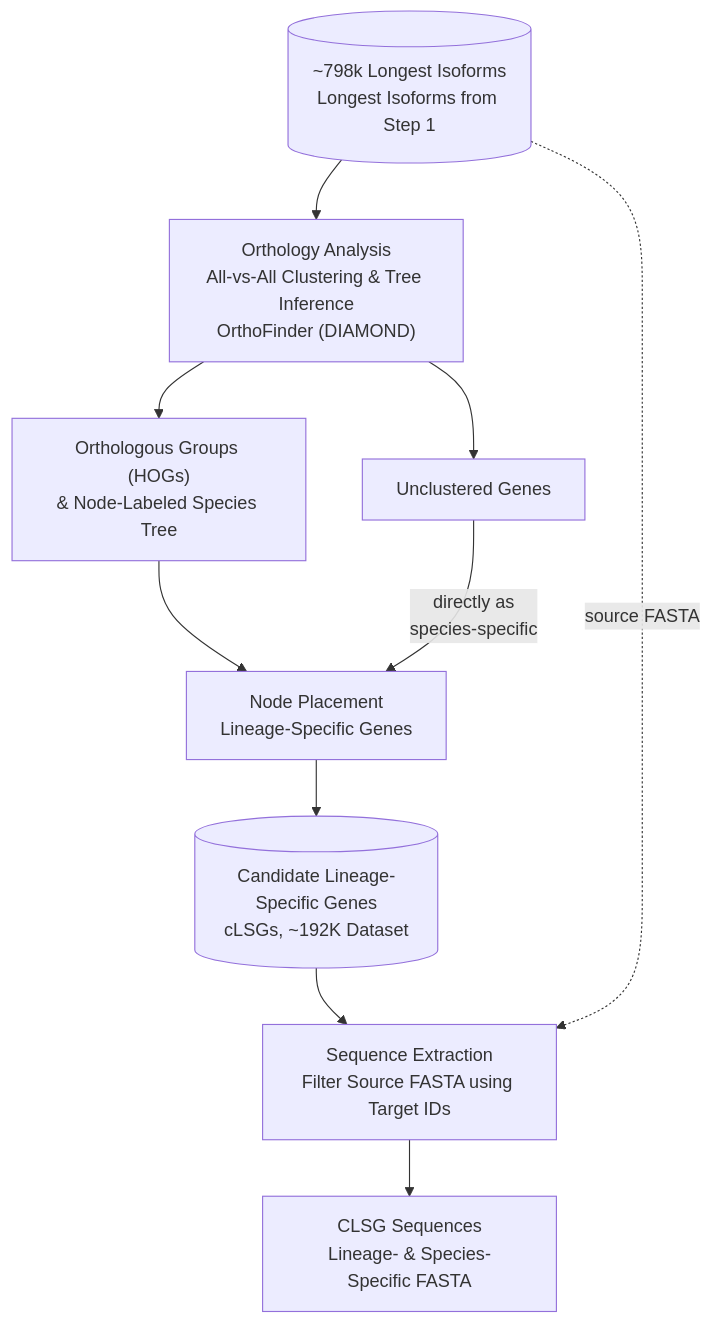
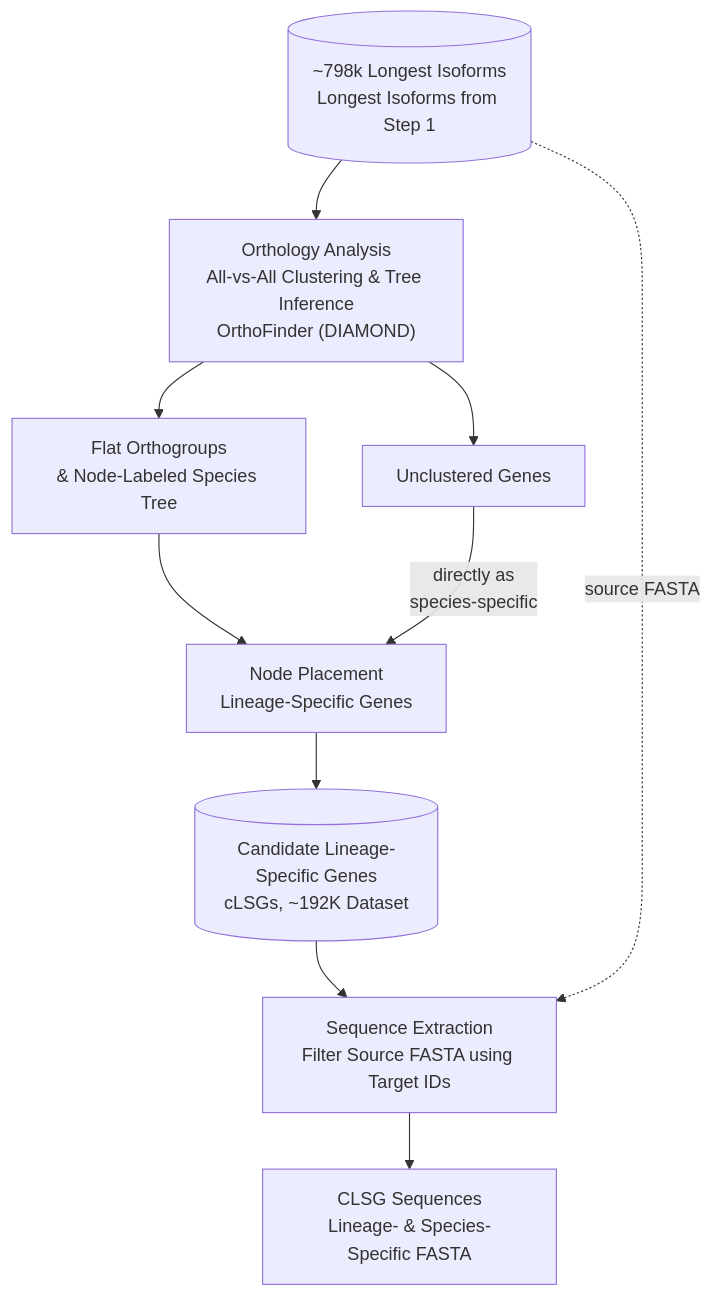
The diagram in README.md (Ludtson/gene-stratigraphy-pipeline), drawn with Mermaid before and after one commit. The commit also changed other lines of this file and 43 other files, not shown here.

````diff
--- a/README.md
+++ b/README.md
@@ -9,21 +9,21 @@
 ```mermaid
 flowchart TD
     A[("~798k Longest Isoforms<br/>Longest Isoforms from Step 1")]
     B["Orthology Analysis<br/>All-vs-All Clustering &amp; Tree Inference<br/>OrthoFinder (DIAMOND)"]
-    C["Orthologous Groups (HOGs)<br/>&amp; Node-Labeled Species Tree"]
+    C["Flat Orthogroups<br/>&amp; Node-Labeled Species Tree"]
     D["Unclustered Genes"]
     E["Node Placement<br/>Lineage-Specific Genes"]
     F[("Candidate Lineage-Specific Genes<br/>cLSGs, ~192K Dataset")]
     G["Sequence Extraction<br/>Filter Source FASTA using Target IDs"]
     H["CLSG Sequences<br/>Lineage- &amp; Species-Specific FASTA"]
 
     A --> B
     B --> C
     B --> D
     C --> E
     D -- "directly as<br/>species-specific" --> E
     E --> F
     F --> G
     A -. "source FASTA" .-> G
     G --> H
 ```
````
